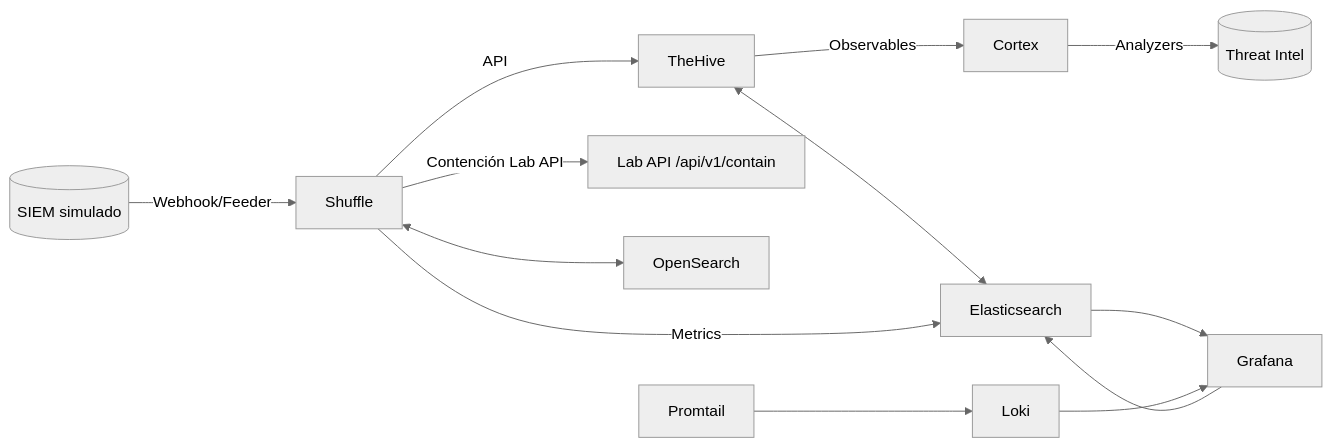
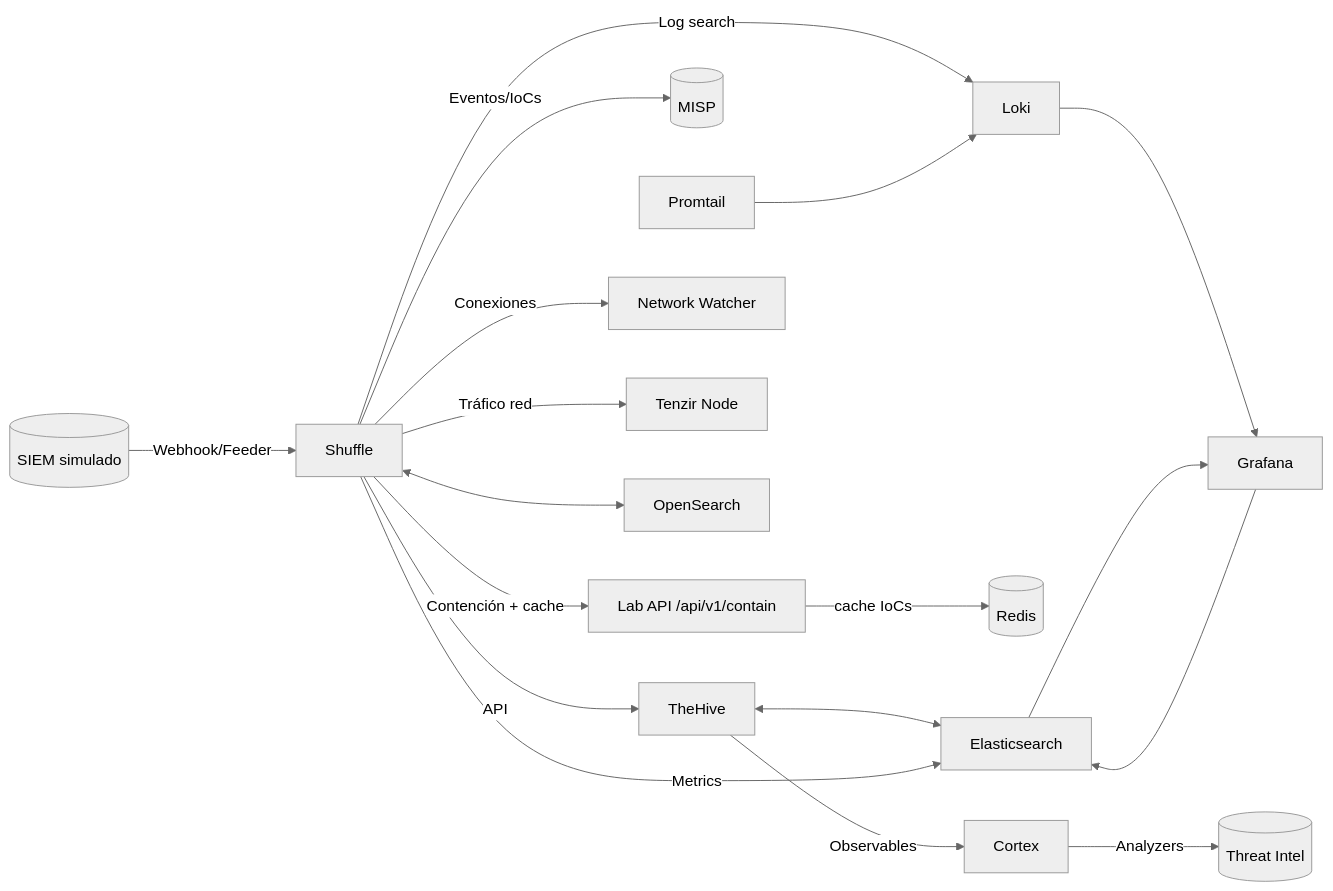
One commit to alesanfe/soar-ransomware-lab changed the first of 12 diagrams in docs/thesis/appendix_f.md. Above: the diagram before and after it, drawn with Mermaid (neutral theme). The commit also changed other lines of this file, not shown here.

First paragraph of the commit message:
fix(thesis): Anexo F.1 - anade 5 contenedores con acciones faltantes
F.1 omitia 5 contenedores con acciones reales en el workflow Shuffle.
Verificado contra workflow_actions.py y routes_services.py:

````diff
--- a/docs/thesis/appendix_f.md
+++ b/docs/thesis/appendix_f.md
@@ -15,15 +22,20 @@
 ```mermaid
 flowchart LR
   SIEM[(SIEM simulado)] -- Webhook/Feeder --> Shuffle
   Shuffle -- API --> TheHive
   TheHive -- Observables --> Cortex
   Cortex -- Analyzers --> TI[(Threat Intel)]
-  Shuffle -- Contención Lab API --> API[Lab API /api/v1/contain]
+  Shuffle -- Eventos/IoCs --> MISP[(MISP)]
+  Shuffle -- Contención + cache --> API[Lab API /api/v1/contain]
+  API -- cache IoCs --> Redis[(Redis)]
+  Shuffle -- Conexiones --> NW[Network Watcher]
+  Shuffle -- Tráfico red --> Tenzir[Tenzir Node]
   TheHive <--> Elasticsearch
   Shuffle <--> OpenSearch[OpenSearch]
   Shuffle -- Metrics --> Elasticsearch
-  Elasticsearch --> Grafana[Grafana]
-  Promtail[Promtail] --> Loki[Loki]
-  Loki --> Grafana
+  Shuffle -- Log search --> Loki[Loki]
+  Promtail[Promtail] --> Loki
+  Loki --> Grafana[Grafana]
+  Elasticsearch --> Grafana
   Grafana --> Elasticsearch
 ```
````
